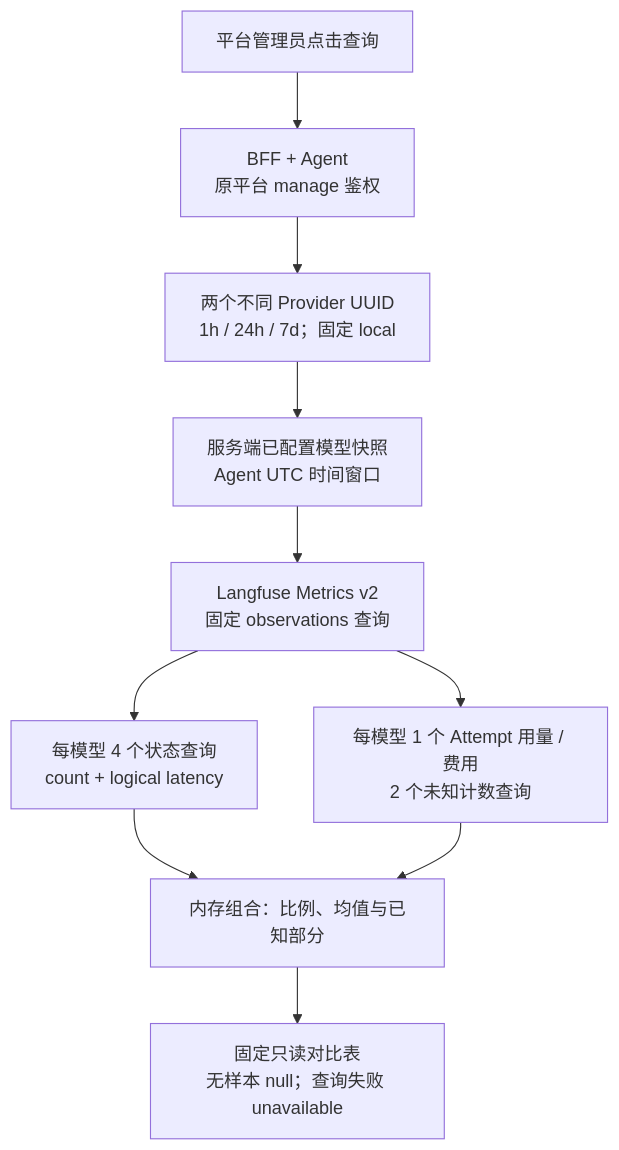
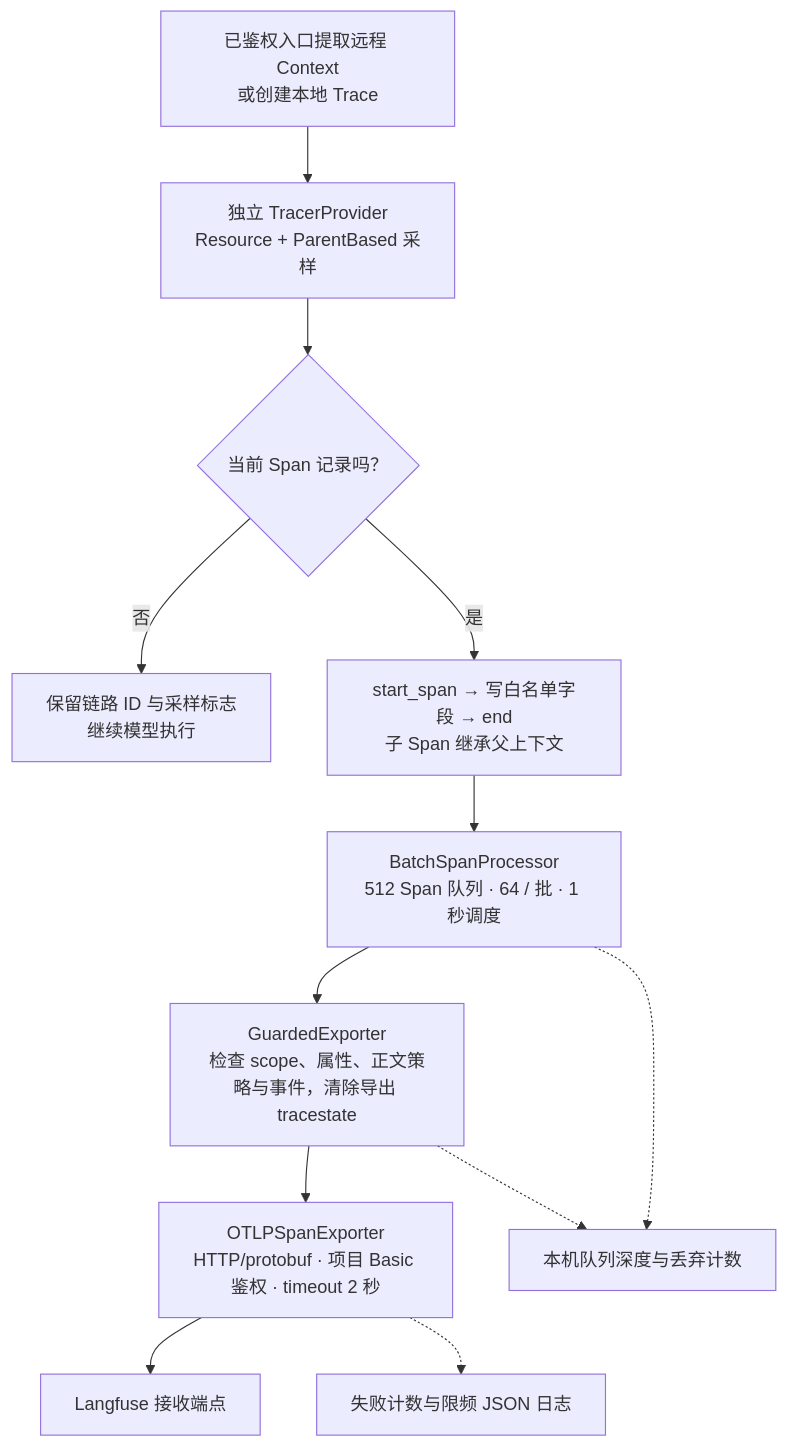
One commit to RuiLu007/compass changed the fourth of 5 diagrams in mai-specs/990-lesson-14-model-observability/design/document/guide.md. Above: the diagram before and after it, drawn with Mermaid. The commit also changed other lines of this file and 7 other files, not shown here.

````diff
--- a/mai-specs/990-lesson-14-model-observability/design/document/guide.md
+++ b/mai-specs/990-lesson-14-model-observability/design/document/guide.md
@@ -256,12 +187,14 @@
-```mermaid 平台只读对比查询
+```mermaid 从埋点到 OTLP 批量上报
 flowchart TB
-    ADMIN["平台管理员点击查询"] --> AUTH["BFF + Agent<br/>原平台 manage 鉴权"]
-    AUTH --> INPUT["两个不同 Provider UUID<br/>1h / 24h / 7d；固定 local"]
-    INPUT --> SNAP["服务端已配置模型快照<br/>Agent UTC 时间窗口"]
-    SNAP --> QUERY["Langfuse Metrics v2<br/>固定 observations 查询"]
-    QUERY --> LOGICAL["每模型 4 个状态查询<br/>count + logical latency"]
-    QUERY --> USAGE["每模型 1 个 Attempt 用量 / 费用<br/>2 个未知计数查询"]
-    LOGICAL --> MERGE["内存组合：比例、均值与已知部分"]
-    USAGE --> MERGE
-    MERGE --> TABLE["固定只读对比表<br/>无样本 null；查询失败 unavailable"]
+    C["已鉴权入口提取远程 Context<br/>或创建本地 Trace"] --> S["独立 TracerProvider<br/>Resource + ParentBased 采样"]
+    S --> R{"当前 Span 记录吗？"}
+    R -->|"否"| N["保留链路 ID 与采样标志<br/>继续模型执行"]
+    R -->|"是"| W["start_span → 写白名单字段 → end<br/>子 Span 继承父上下文"]
+    W --> B["BatchSpanProcessor<br/>512 Span 队列 · 64 / 批 · 1 秒调度"]
+    B --> G["GuardedExporter<br/>检查 scope、属性、正文策略与事件，清除导出 tracestate"]
+    G --> E["OTLPSpanExporter<br/>HTTP/protobuf · 项目 Basic 鉴权 · timeout 2 秒"]
+    E --> L["Langfuse 接收端点"]
+    B -.-> M["本机队列深度与丢弃计数"]
+    G -.-> M
+    E -.-> D["失败计数与限频 JSON 日志"]
 ```
````
